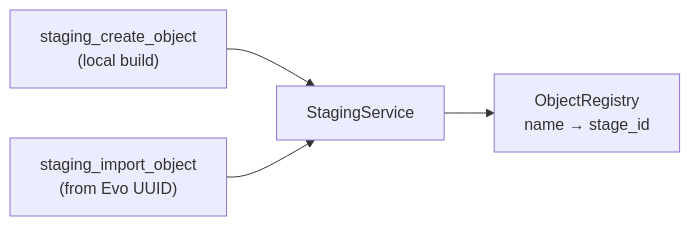
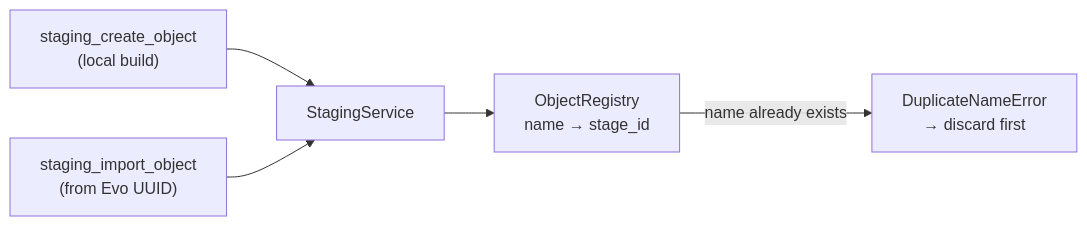
Before and after one commit to SeequentEvo/evo-mcp: the second of 4 diagrams in docs/architecture/object-lifecycle.md, drawn with Mermaid. The commit also changed other lines of this file and 1 other file, not shown here.

````diff
--- a/docs/architecture/object-lifecycle.md
+++ b/docs/architecture/object-lifecycle.md
@@ -21,6 +21,7 @@
 ```mermaid
 flowchart LR
     A["staging_create_object\n(local build)"] --> S[StagingService]
     B["staging_import_object\n(from Evo UUID)"] --> S
     S --> R[ObjectRegistry\nname → stage_id]
+    R -->|name already exists| ERR["DuplicateNameError\n→ discard first"]
 ```
````
